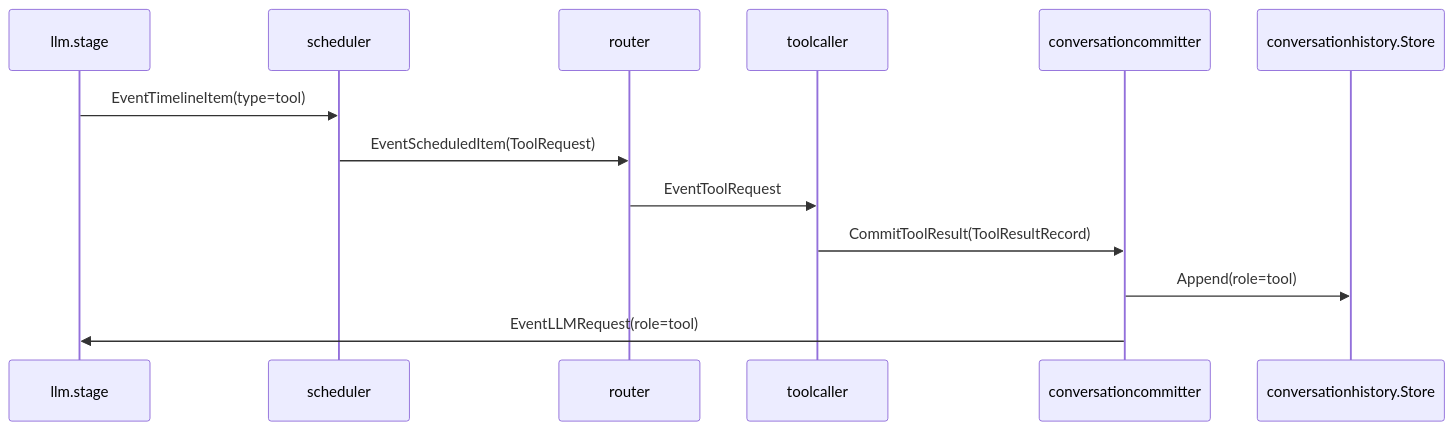
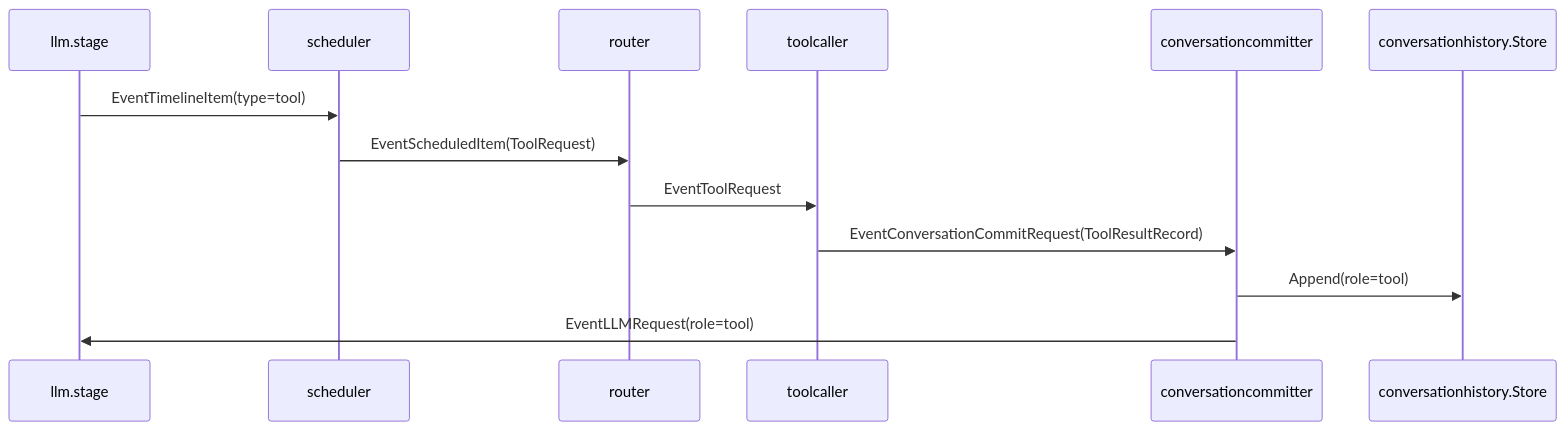
The third of 3 diagrams in docs/components/llm.md (tetetratra/smart-speaker), drawn with Mermaid before and after one commit. The commit also changed other lines of this file and 12 other files, not shown here.

````diff
--- a/docs/components/llm.md
+++ b/docs/components/llm.md
@@ -120,16 +120,16 @@
 ```mermaid
 sequenceDiagram
   participant LLM as llm.stage
   participant Scheduler as scheduler
   participant Router as router
   participant Tool as toolcaller
   participant Committer as conversationcommitter
   participant History as conversationhistory.Store
 
   LLM->>Scheduler: EventTimelineItem(type=tool)
   Scheduler->>Router: EventScheduledItem(ToolRequest)
   Router->>Tool: EventToolRequest
-  Tool->>Committer: CommitToolResult(ToolResultRecord)
+  Tool->>Committer: EventConversationCommitRequest(ToolResultRecord)
   Committer->>History: Append(role=tool)
   Committer->>LLM: EventLLMRequest(role=tool)
 ```
````
